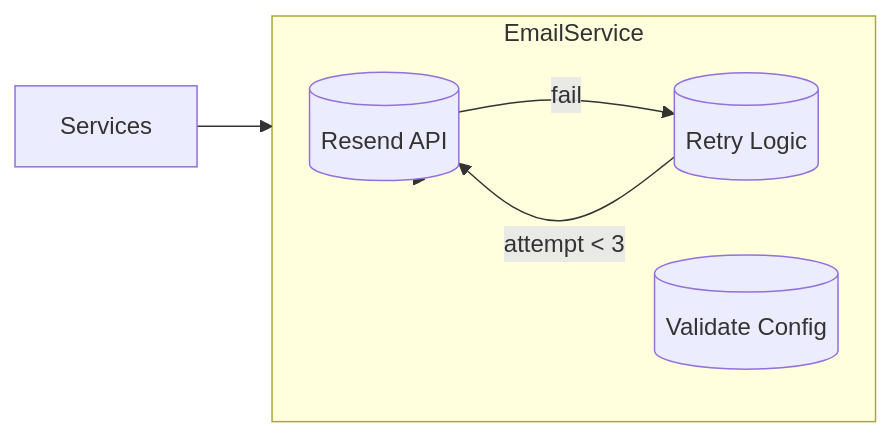
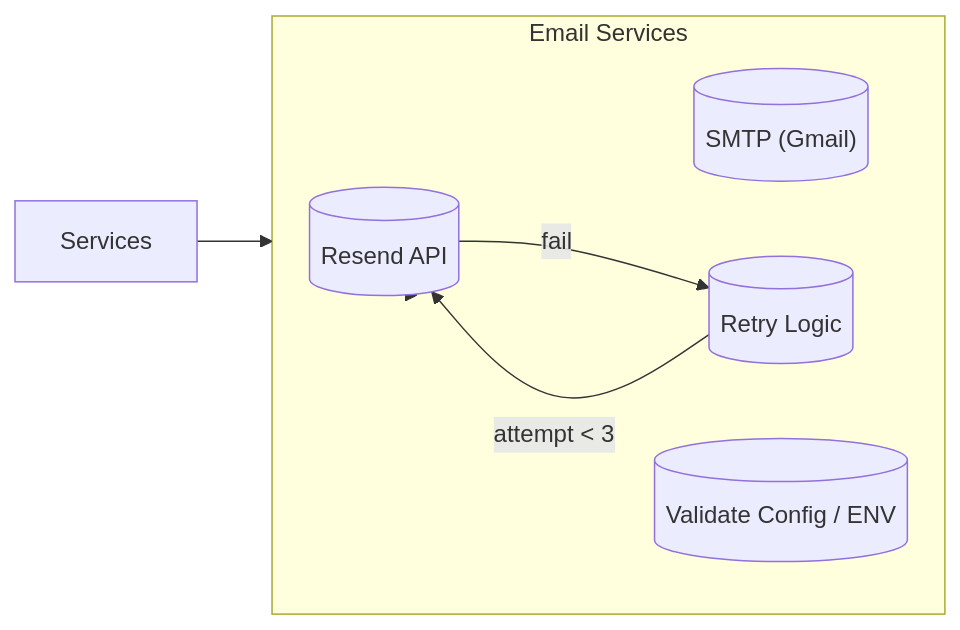
Diagram 11 of 15 in docs/architecture.md (SacProyect/sac_backend), drawn with Mermaid before and after one commit. The commit also changed other lines of this file and 19 other files, not shown here.

````diff
--- a/docs/architecture.md
+++ b/docs/architecture.md
@@ -660,13 +662,15 @@
 ```mermaid
 flowchart LR
-    subgraph EmailService["EmailService"]
+    subgraph EmailService["Email Services"]
         Resend[("Resend API")]
+        Nodemailer[("SMTP (Gmail)")]
         Retry[("Retry Logic")]
-        Validate[("Validate Config")]
+        Validate[("Validate Config / ENV")]
     end
 
     Services --> EmailService
     EmailService --> Resend
+    EmailService --> Nodemailer
     Resend -->|fail| Retry
     Retry -->|attempt < 3| Resend
 ```
````
